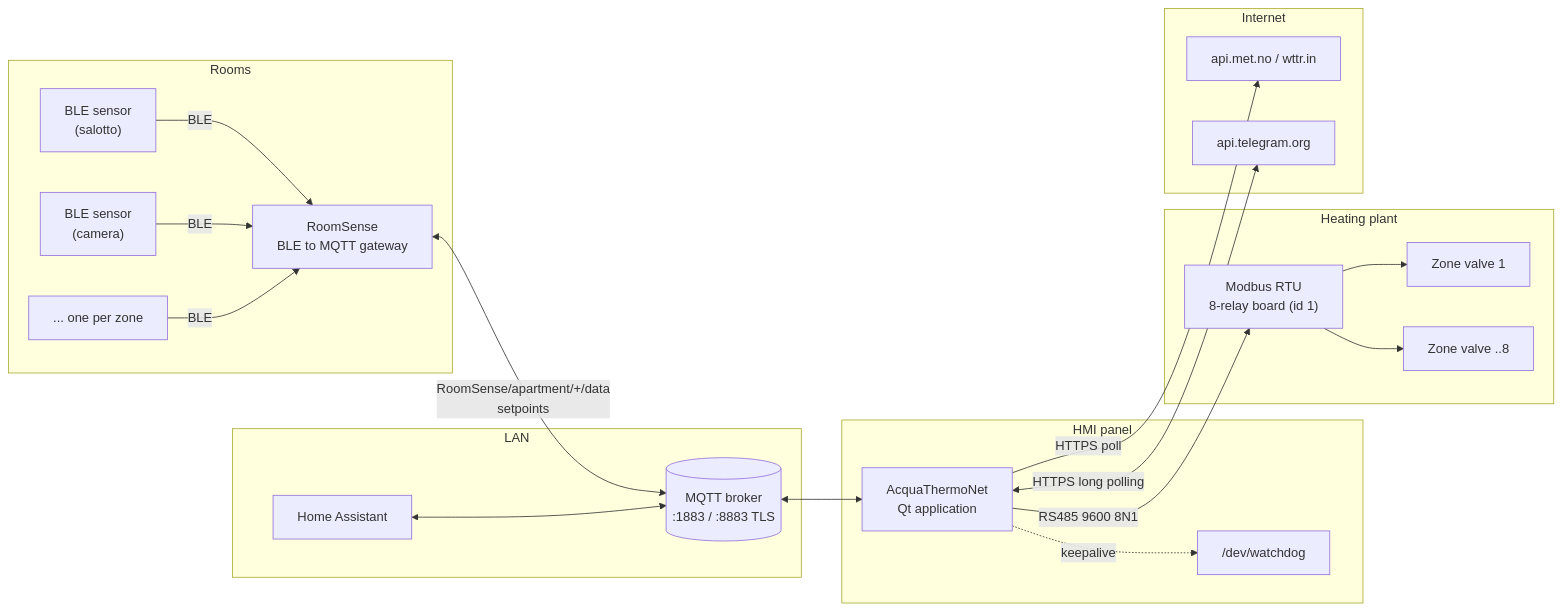
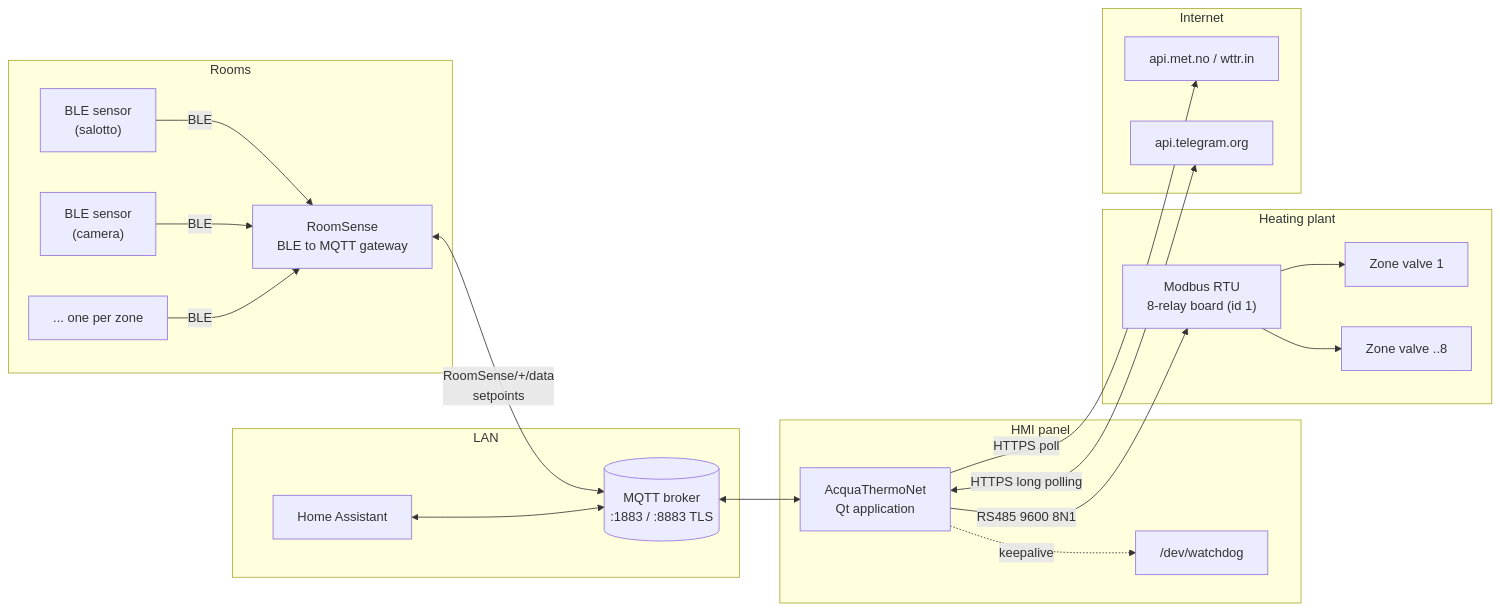
One commit to ska/AcquaThermoNet changed the first of 11 diagrams in docs/DOCUMENTATION.md. Above: the diagram before and after it, drawn with Mermaid. The commit also changed other lines of this file and 37 other files, not shown here.

````diff
--- a/docs/DOCUMENTATION.md
+++ b/docs/DOCUMENTATION.md
@@ -80,40 +80,40 @@
 ```mermaid
 flowchart LR
     subgraph Rooms
         S1["BLE sensor<br/>(salotto)"]
         S2["BLE sensor<br/>(camera)"]
         S3["... one per zone"]
         RS["RoomSense<br/>BLE to MQTT gateway"]
     end
 
     subgraph LAN
         B[("MQTT broker<br/>:1883 / :8883 TLS")]
         HA["Home Assistant"]
     end
 
     subgraph HMI["HMI panel"]
         APP["AcquaThermoNet<br/>Qt application"]
         WD["/dev/watchdog"]
     end
 
     subgraph Plant["Heating plant"]
         RB["Modbus RTU<br/>8-relay board (id 1)"]
         V1["Zone valve 1"]
         V2["Zone valve ..8"]
     end
 
     subgraph Internet
         MET["api.met.no / wttr.in"]
         TG["api.telegram.org"]
     end
 
     S1 & S2 & S3 -- "BLE" --> RS
-    RS <-- "RoomSense/apartment/+/data<br/>setpoints" --> B
+    RS <-- "RoomSense/+/data<br/>setpoints" --> B
     B <--> APP
     HA <--> B
     APP -- "RS485 9600 8N1" --> RB
     RB --> V1 & V2
     APP -- "HTTPS poll" --> MET
     APP <-->|"HTTPS long polling"| TG
     APP -. "keepalive" .-> WD
 ```
````
